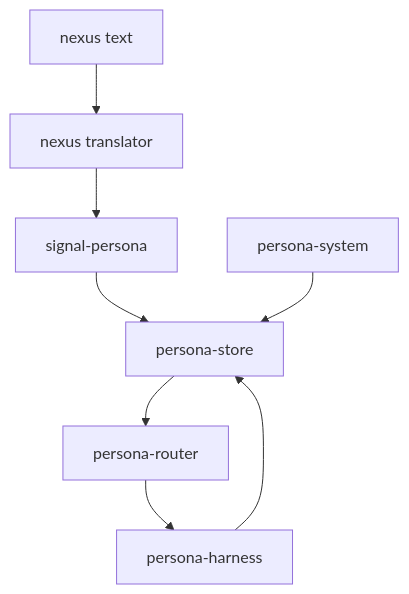
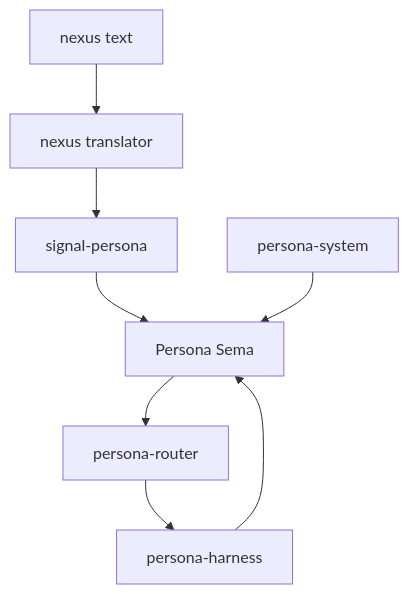
The ninth of 13 diagrams in reports/operator/12-universal-message-implementation.md (LiGoldragon/primary), drawn with Mermaid before and after one commit. The commit also changed other lines of this file, not shown here.

Commit message:
amend universal message report for sema pivot

````diff
--- a/reports/operator/12-universal-message-implementation.md
+++ b/reports/operator/12-universal-message-implementation.md
@@ -228,18 +289,18 @@
 ```mermaid
 flowchart TB
     text["nexus text"]
     gateway["nexus translator"]
     signal_persona["signal-persona"]
-    store["persona-store"]
+    sema["Persona Sema"]
     router["persona-router"]
     system["persona-system"]
     harness["persona-harness"]
 
     text --> gateway
     gateway --> signal_persona
-    signal_persona --> store
-    store --> router
-    system --> store
-    harness --> store
+    signal_persona --> sema
+    sema --> router
+    system --> sema
+    harness --> sema
     router --> harness
 ```
````
